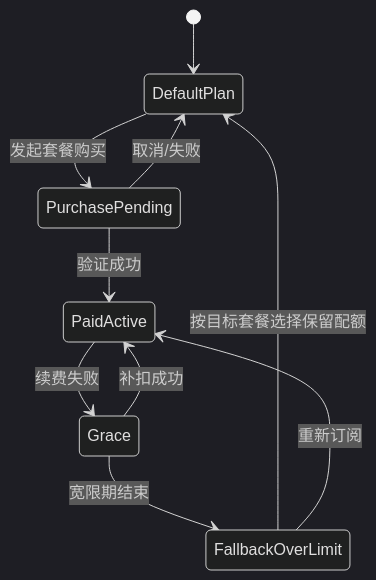
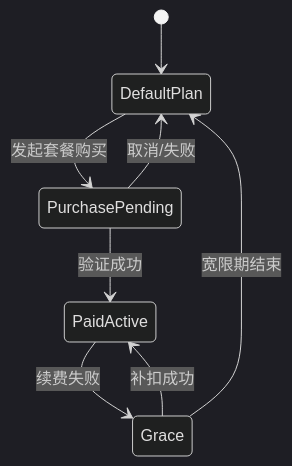
Diagram 16 of 16 in docs/COMPLETE_SYSTEM_DESIGN.md (myucxy/TermLink), drawn with Mermaid (dark theme) before and after one commit. The commit also changed other lines of this file and 301 other files, not shown here.

````diff
--- a/docs/COMPLETE_SYSTEM_DESIGN.md
+++ b/docs/COMPLETE_SYSTEM_DESIGN.md
@@ -1162,12 +1535,10 @@
 ```mermaid
 stateDiagram-v2
     [*] --> DefaultPlan
     DefaultPlan --> PurchasePending: 发起套餐购买
     PurchasePending --> PaidActive: 验证成功
     PurchasePending --> DefaultPlan: 取消/失败
     PaidActive --> Grace: 续费失败
     Grace --> PaidActive: 补扣成功
-    Grace --> FallbackOverLimit: 宽限期结束
-    FallbackOverLimit --> DefaultPlan: 按目标套餐选择保留配额
-    FallbackOverLimit --> PaidActive: 重新订阅
+    Grace --> DefaultPlan: 宽限期结束
 ```
````
